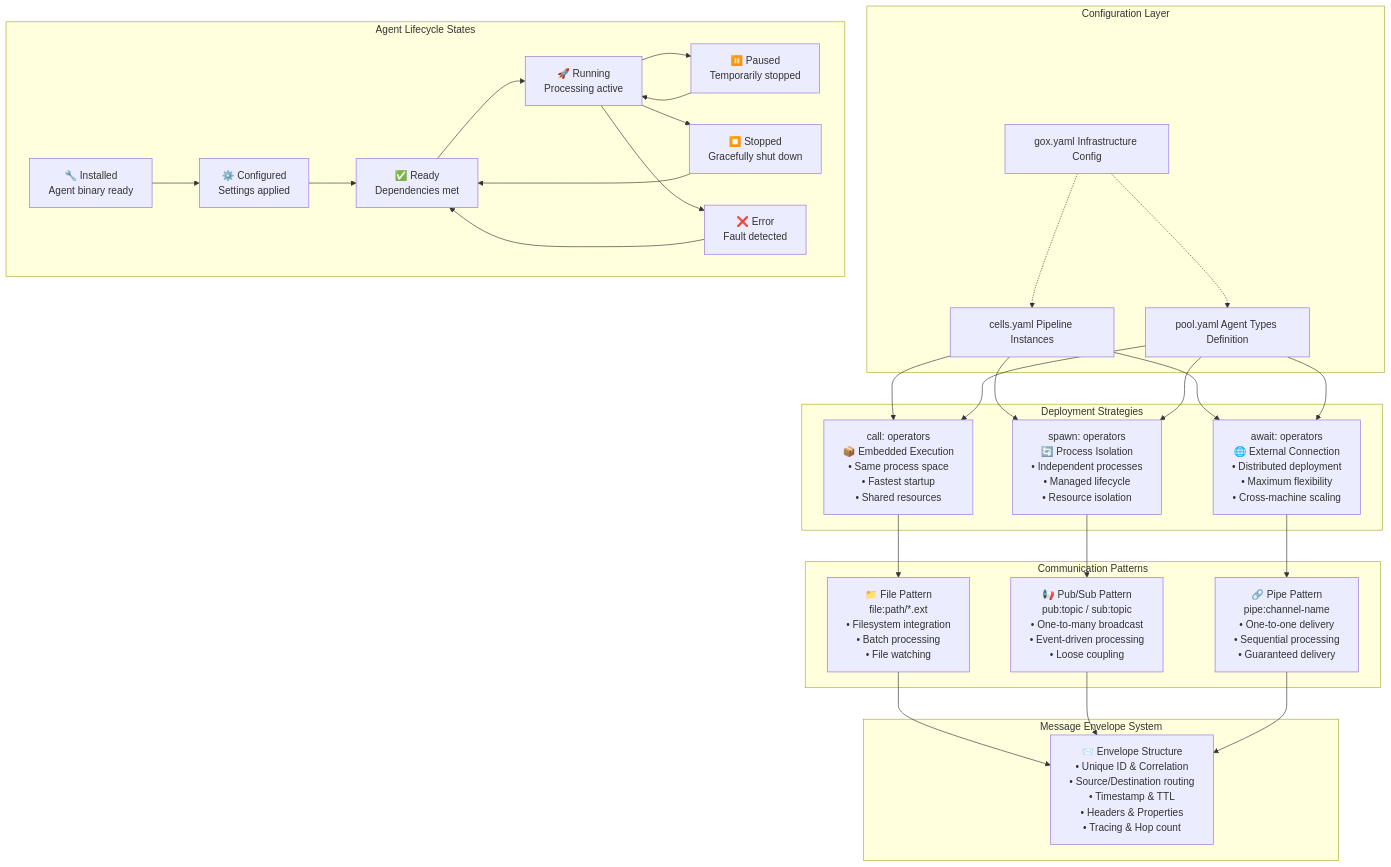
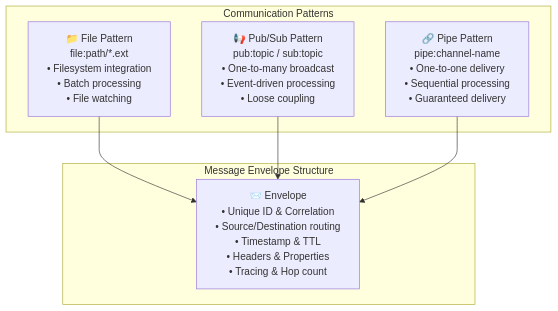
The seventh of 7 diagrams in README.md (tenzoki/gox), drawn with Mermaid before and after one commit. The commit also changed other lines of this file and 2 other files, not shown here.

````diff
--- a/README.md
+++ b/README.md
@@ -195,65 +242,16 @@
 ```mermaid
 graph TB
-    subgraph "Configuration Layer"
-        GOXCONF[gox.yaml Infrastructure Config]
-        POOLCONF[pool.yaml Agent Types Definition]
-        CELLCONF[cells.yaml Pipeline Instances]
-    end
-    
-    subgraph "Deployment Strategies"
-        CALL[call: operators<br/>📦 Embedded Execution<br/>• Same process space<br/>• Fastest startup<br/>• Shared resources]
-        SPAWN[spawn: operators<br/>🔄 Process Isolation<br/>• Independent processes<br/>• Managed lifecycle<br/>• Resource isolation]
-        AWAIT[await: operators<br/>🌐 External Connection<br/>• Distributed deployment<br/>• Maximum flexibility<br/>• Cross-machine scaling]
-    end
-    
-    subgraph "Agent Lifecycle States"
-        INSTALLED[🔧 Installed<br/>Agent binary ready] 
-        CONFIGURED[⚙️ Configured<br/>Settings applied]
-        READY[✅ Ready<br/>Dependencies met]
-        RUNNING[🚀 Running<br/>Processing active]
-        PAUSED[⏸️ Paused<br/>Temporarily stopped]
-        STOPPED[⏹️ Stopped<br/>Gracefully shut down]
-        ERROR[❌ Error<br/>Fault detected]
+    subgraph "Message Envelope Structure"
+        ENV[📨 Envelope<br/>• Unique ID & Correlation<br/>• Source/Destination routing<br/>• Timestamp & TTL<br/>• Headers & Properties<br/>• Tracing & Hop count]
     end
     
     subgraph "Communication Patterns"
         FILEPAT[📁 File Pattern<br/>file:path/*.ext<br/>• Filesystem integration<br/>• Batch processing<br/>• File watching]
         PUBSUBPAT[📢 Pub/Sub Pattern<br/>pub:topic / sub:topic<br/>• One-to-many broadcast<br/>• Event-driven processing<br/>• Loose coupling]
         PIPEPAT[🔗 Pipe Pattern<br/>pipe:channel-name<br/>• One-to-one delivery<br/>• Sequential processing<br/>• Guaranteed delivery]
     end
     
-    subgraph "Message Envelope System"
-        ENV[📨 Envelope Structure<br/>• Unique ID & Correlation<br/>• Source/Destination routing<br/>• Timestamp & TTL<br/>• Headers & Properties<br/>• Tracing & Hop count]
-    end
-    
-    %% Configuration flows
-    CELLCONF --> CALL
-    CELLCONF --> SPAWN  
-    CELLCONF --> AWAIT
-    POOLCONF --> CALL
-    POOLCONF --> SPAWN
-    POOLCONF --> AWAIT
-    GOXCONF -.-> POOLCONF
-    GOXCONF -.-> CELLCONF
-    
-    %% Lifecycle transitions
-    INSTALLED --> CONFIGURED
-    CONFIGURED --> READY
-    READY --> RUNNING
-    RUNNING --> PAUSED
-    RUNNING --> STOPPED
-    RUNNING --> ERROR
-    PAUSED --> RUNNING
-    STOPPED --> READY
-    ERROR --> READY
-    
-    %% Communication flows
-    CALL --> FILEPAT
-    SPAWN --> PUBSUBPAT
-    AWAIT --> PIPEPAT
     FILEPAT --> ENV
     PUBSUBPAT --> ENV
     PIPEPAT --> ENV
-    
-    
 ```
````
